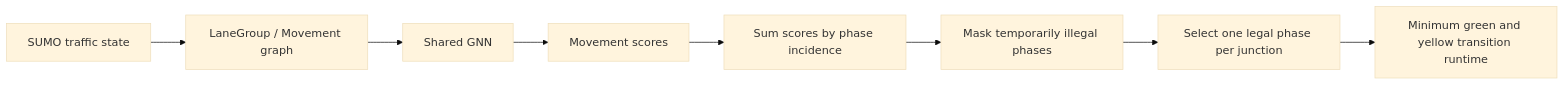
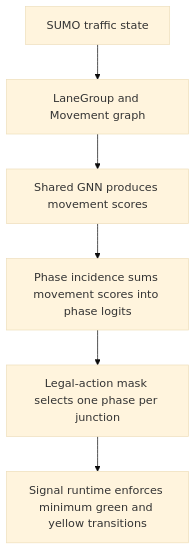
Before and after one commit to BertilBraun/GNN-Traffic-Signal-Control: the diagram in README.md, drawn with Mermaid (base theme).

Commit message:
Make README architecture flow readable

````diff
--- a/README.md
+++ b/README.md
@@ -7,10 +7,11 @@
 ```mermaid
-flowchart LR
-    A["SUMO traffic state"] --> B["LaneGroup / Movement graph"]
-    B --> C["Shared GNN"]
-    C --> D["Movement scores"]
-    D --> E["Sum scores by phase incidence"]
-    E --> F["Mask temporarily illegal phases"]
-    F --> G["Select one legal phase per junction"]
-    G --> H["Minimum green and yellow transition runtime"]
+flowchart TD
+    A["SUMO traffic state"]
+    B["LaneGroup and Movement graph"]
+    C["Shared GNN produces movement scores"]
+    D["Phase incidence sums movement scores into phase logits"]
+    E["Legal-action mask selects one phase per junction"]
+    F["Signal runtime enforces minimum green and yellow transitions"]
+
+    A --> B --> C --> D --> E --> F
 ```
````
